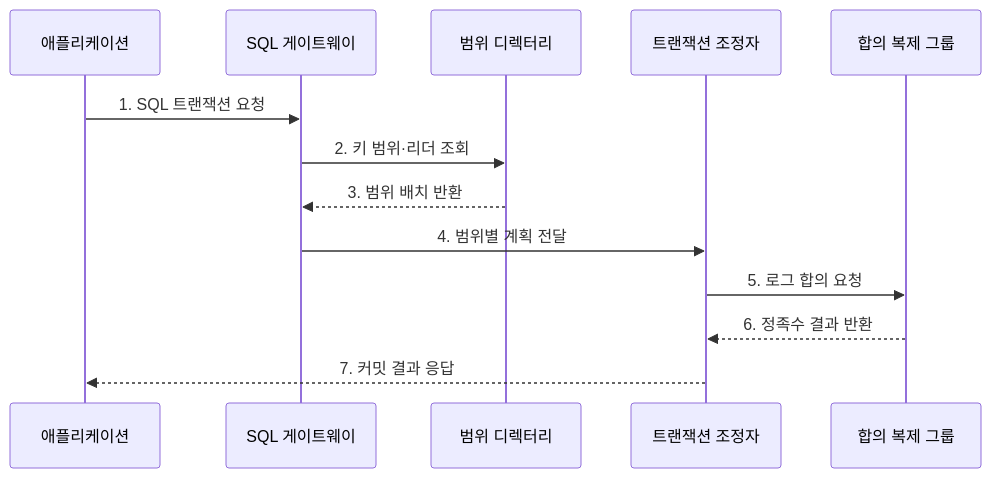
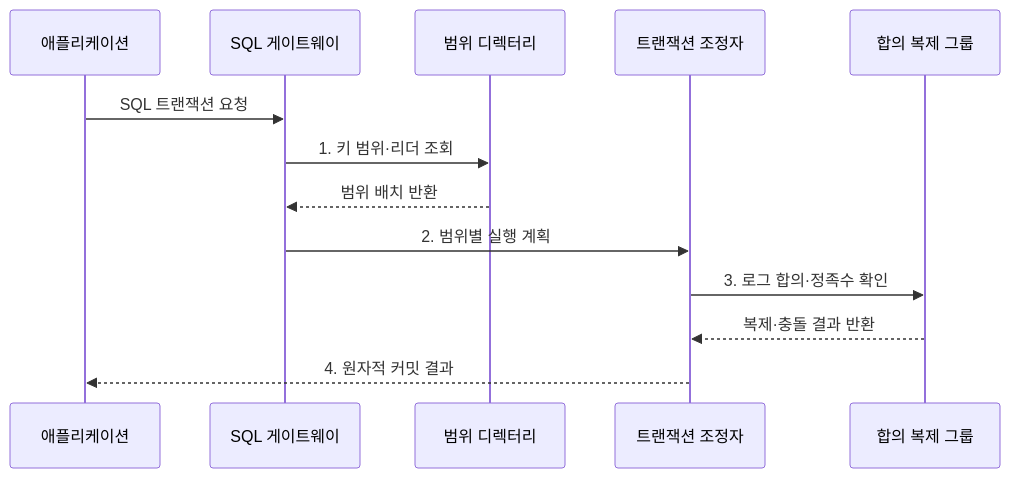
One commit to agnusdei1207/knowledge-base changed the second of 2 diagrams in src/content/docs/notes/03-software/115_newsql.md. Above: the diagram before and after it, drawn with Mermaid. The commit also changed other lines of this file and 238 other files, not shown here.

````diff
--- a/src/content/docs/notes/03-software/115_newsql.md
+++ b/src/content/docs/notes/03-software/115_newsql.md
@@ -85,15 +85,15 @@
 ```mermaid
 sequenceDiagram
     participant A as 애플리케이션
     participant G as SQL 게이트웨이
     participant D as 범위 디렉터리
     participant C as 트랜잭션 조정자
     participant R as 합의 복제 그룹
-    A->>G: 1. SQL 트랜잭션 요청
-    G->>D: 2. 키 범위·리더 조회
-    D-->>G: 3. 범위 배치 반환
-    G->>C: 4. 범위별 계획 전달
-    C->>R: 5. 로그 합의 요청
-    R-->>C: 6. 정족수 결과 반환
-    C-->>A: 7. 커밋 결과 응답
+    A->>G: SQL 트랜잭션 요청
+    G->>D: 1. 키 범위·리더 조회
+    D-->>G: 범위 배치 반환
+    G->>C: 2. 범위별 실행 계획
+    C->>R: 3. 로그 합의·정족수 확인
+    R-->>C: 복제·충돌 결과 반환
+    C-->>A: 4. 원자적 커밋 결과
 ```
````
